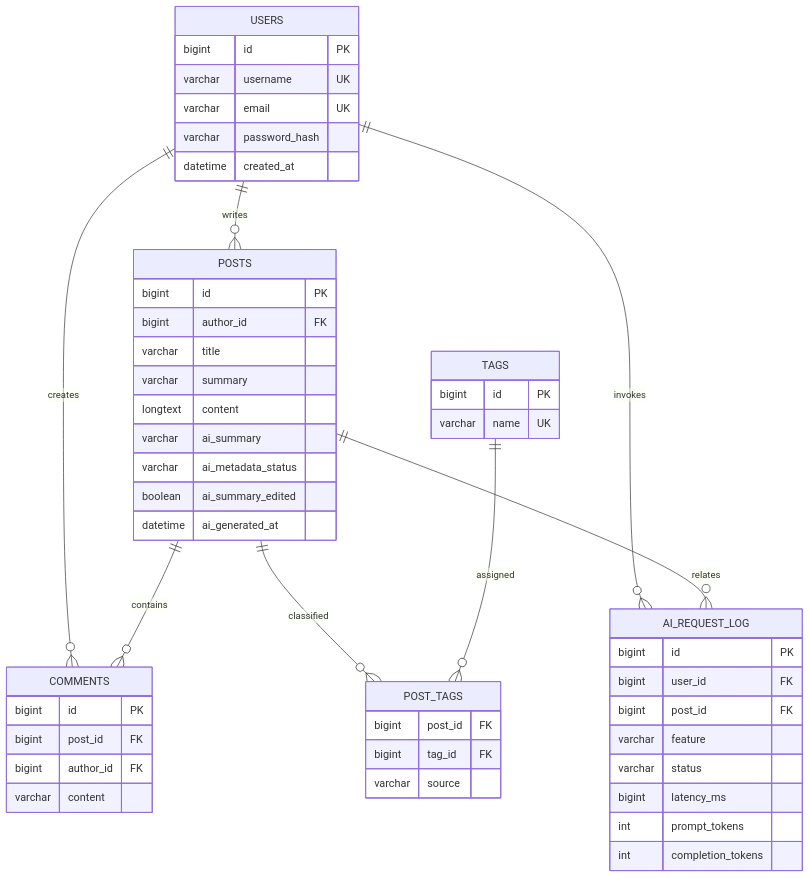
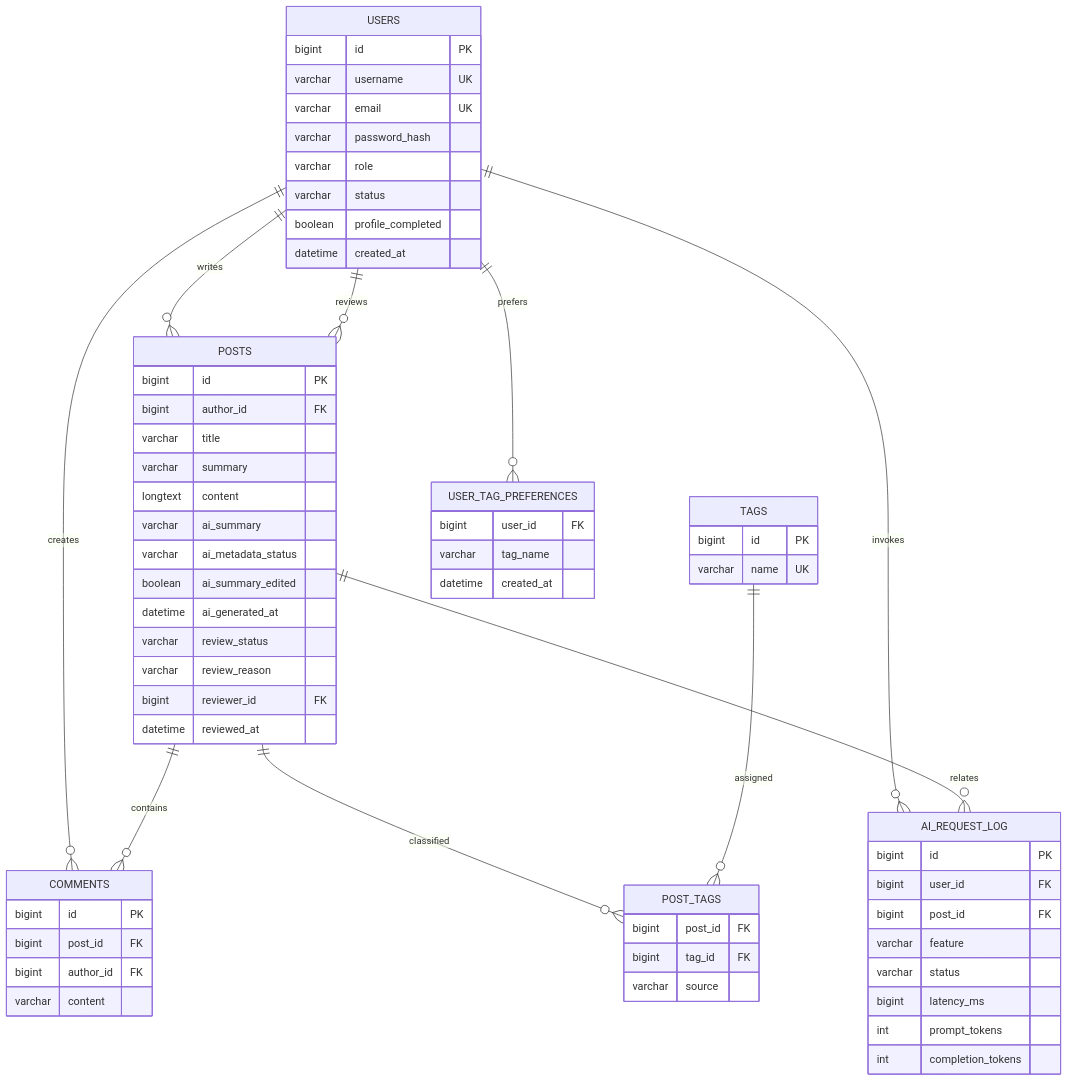
The diagram in docs/database-design.md (maple0511/vueblog), drawn with Mermaid before and after one commit. The commit also changed other lines of this file and 39 other files, not shown here.

````diff
--- a/docs/database-design.md
+++ b/docs/database-design.md
@@ -5,54 +5,68 @@
 ```mermaid
 erDiagram
   USERS ||--o{ POSTS : writes
   USERS ||--o{ COMMENTS : creates
   POSTS ||--o{ COMMENTS : contains
   POSTS ||--o{ POST_TAGS : classified
   TAGS ||--o{ POST_TAGS : assigned
   USERS ||--o{ AI_REQUEST_LOG : invokes
   POSTS ||--o{ AI_REQUEST_LOG : relates
+  USERS ||--o{ USER_TAG_PREFERENCES : prefers
+  USERS ||--o{ POSTS : reviews
 
   USERS {
     bigint id PK
     varchar username UK
     varchar email UK
     varchar password_hash
+    varchar role
+    varchar status
+    boolean profile_completed
     datetime created_at
   }
   POSTS {
     bigint id PK
     bigint author_id FK
     varchar title
     varchar summary
     longtext content
     varchar ai_summary
     varchar ai_metadata_status
     boolean ai_summary_edited
     datetime ai_generated_at
+    varchar review_status
+    varchar review_reason
+    bigint reviewer_id FK
+    datetime reviewed_at
   }
   TAGS {
     bigint id PK
     varchar name UK
   }
   POST_TAGS {
     bigint post_id FK
     bigint tag_id FK
     varchar source
   }
   COMMENTS {
     bigint id PK
     bigint post_id FK
     bigint author_id FK
     varchar content
   }
+  USER_TAG_PREFERENCES {
+    bigint user_id FK
+    varchar tag_name
+    datetime created_at
+  }
   AI_REQUEST_LOG {
     bigint id PK
     bigint user_id FK
     bigint post_id FK
     varchar feature
     varchar status
     bigint latency_ms
     int prompt_tokens
     int completion_tokens
   }
 ```
````
